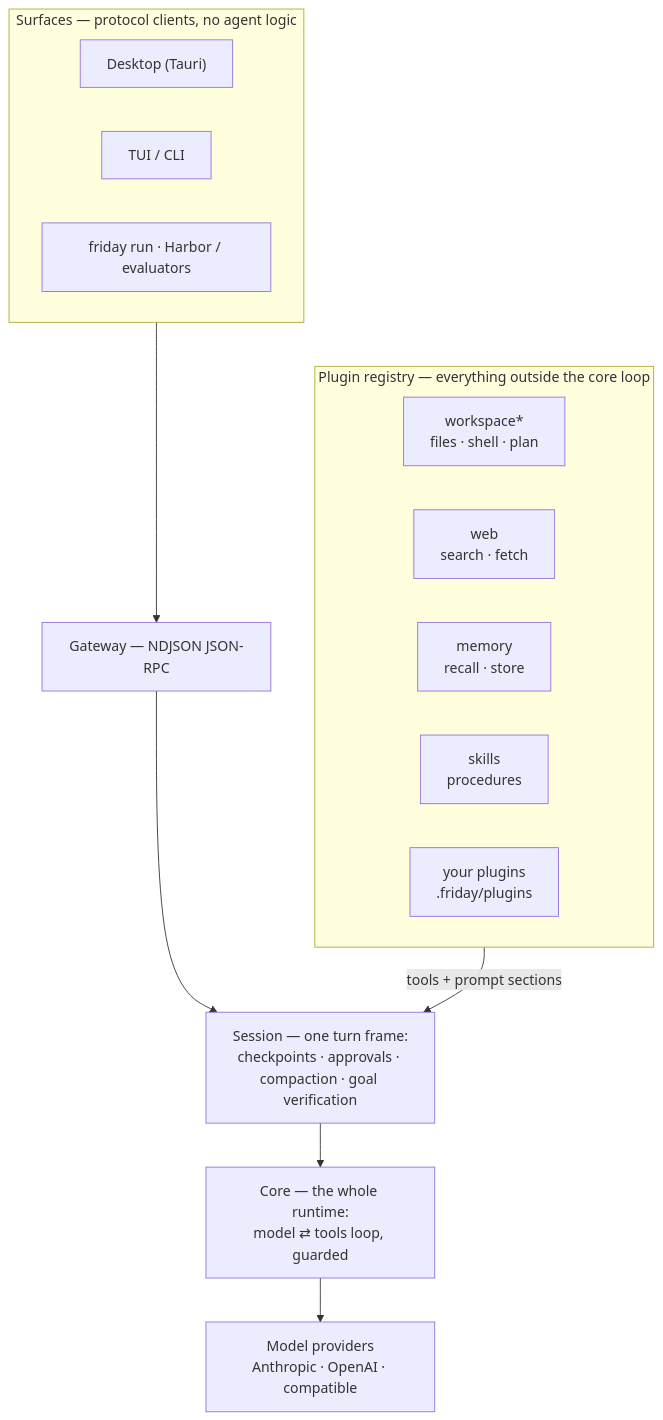
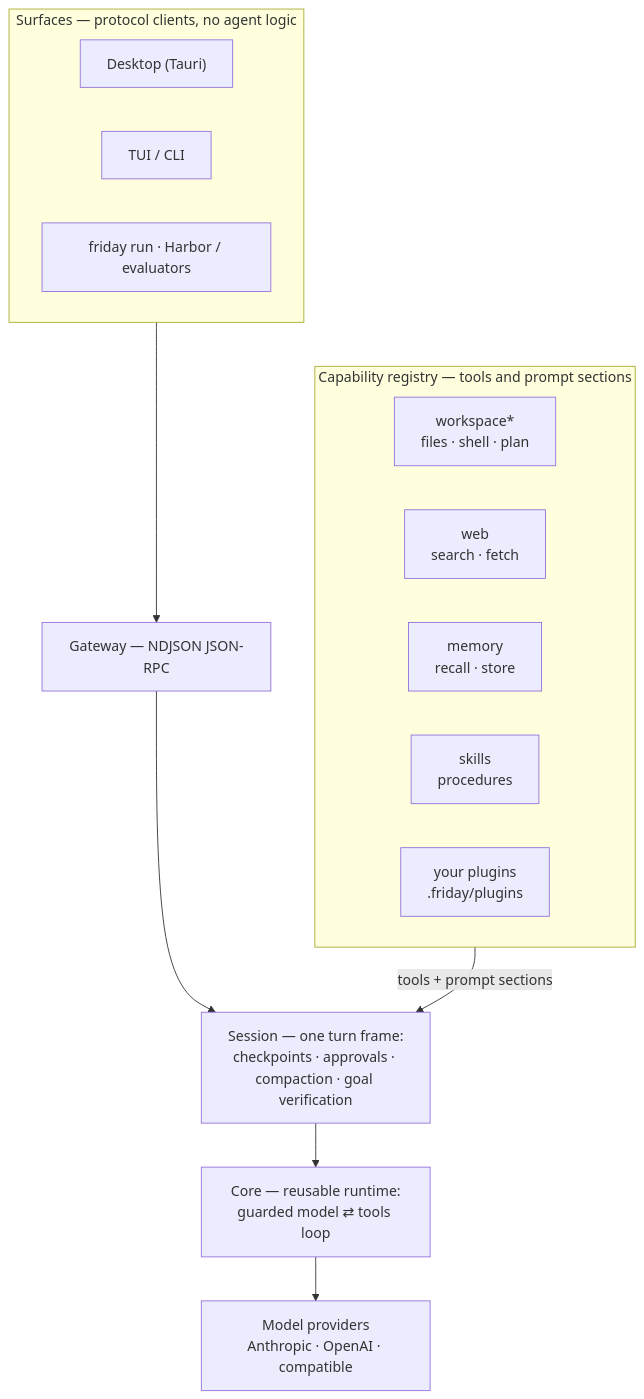
The diagram in README.md (Lancetwang/friday), drawn with Mermaid before and after one commit. The commit also changed other lines of this file and 13 other files, not shown here.

````diff
--- a/README.md
+++ b/README.md
@@ -110,22 +110,22 @@
 ```mermaid
 flowchart TB
     subgraph Surfaces["Surfaces — protocol clients, no agent logic"]
         direction LR
         Desktop["Desktop (Tauri)"]
         TUI["TUI / CLI"]
         Headless["friday run · Harbor / evaluators"]
     end
     Surfaces --> Gateway["Gateway — NDJSON JSON-RPC"]
     Gateway --> Session["Session — one turn frame:<br/>checkpoints · approvals · compaction · goal verification"]
-    subgraph Registry["Plugin registry — everything outside the core loop"]
+    subgraph Registry["Capability registry — tools and prompt sections"]
         direction LR
         Workspace["workspace*<br/>files · shell · plan"]
         Web["web<br/>search · fetch"]
         Memory["memory<br/>recall · store"]
         Skills["skills<br/>procedures"]
         External["your plugins<br/>.friday/plugins"]
     end
     Registry -- "tools + prompt sections" --> Session
-    Session --> Core["Core — the whole runtime:<br/>model ⇄ tools loop, guarded"]
+    Session --> Core["Core — reusable runtime:<br/>guarded model ⇄ tools loop"]
     Core --> Providers["Model providers<br/>Anthropic · OpenAI · compatible"]
 ```
````
